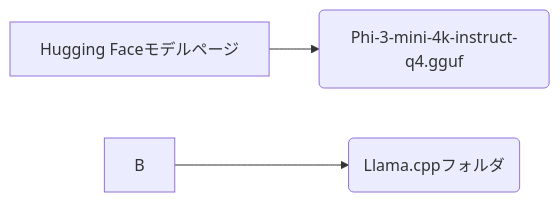
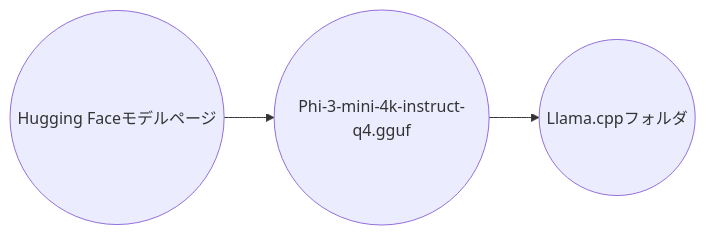
Before and after one commit to SparklingDetergent/doc_genai_Run_local_LLM_with_Llama.cpp_and_Phi-3_mini: the second of 4 diagrams in README.md, drawn with Mermaid. The commit also changed other lines of this file, not shown here.

````diff
--- a/README.md
+++ b/README.md
@@ -36,5 +37,6 @@
 ```mermaid
 graph LR
-    A[Hugging Faceモデルページ] --> +B(Phi-3-mini-4k-instruct-q4.gguf)
-    B --> +C(Llama.cppフォルダ)
+    A((Hugging Faceモデルページ)) --> B((Phi-3-mini-4k-instruct-q4.gguf))
+    B --> C((Llama.cppフォルダ))
+
 ```
````
